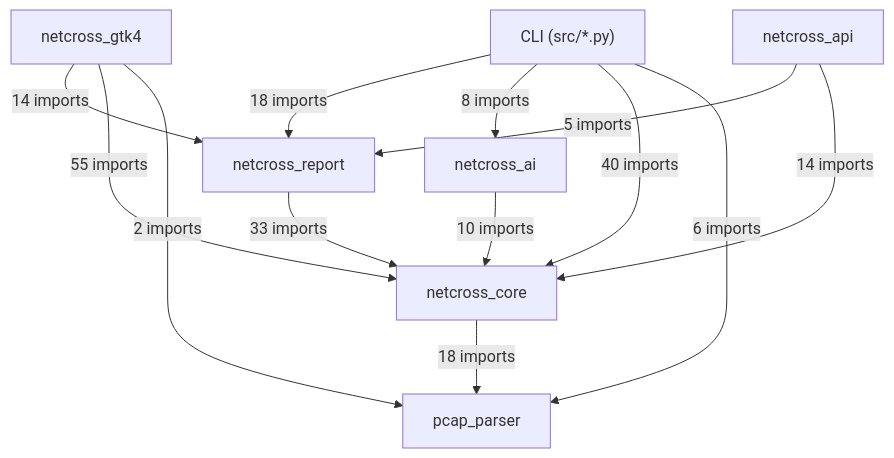
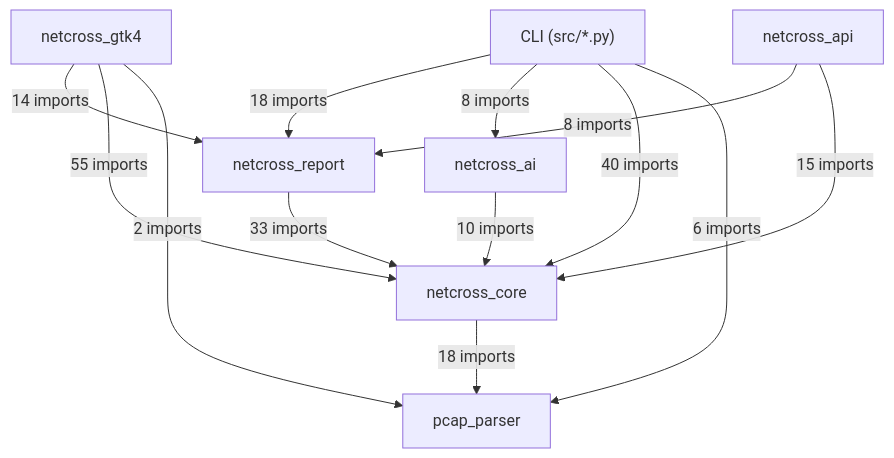
One commit to Mathide-Team/Netcross changed the first of 19 diagrams in docs/class-diagram.md. Above: the diagram before and after it, drawn with Mermaid. The commit also changed other lines of this file and 4 other files, not shown here.

First line of the commit message:
feat(#674): API diagramme de séquence, SIEM, ticket de support

````diff
--- a/docs/class-diagram.md
+++ b/docs/class-diagram.md
@@ -26,22 +26,22 @@
 ```mermaid
 flowchart TD
     CLI["CLI (src/*.py)"]
     netcross_gtk4["netcross_gtk4"]
     netcross_api["netcross_api"]
     netcross_report["netcross_report"]
     netcross_ai["netcross_ai"]
     netcross_core["netcross_core"]
     pcap_parser["pcap_parser"]
     CLI -->|"18 imports"| netcross_report
     CLI -->|"8 imports"| netcross_ai
     CLI -->|"40 imports"| netcross_core
     CLI -->|"6 imports"| pcap_parser
     netcross_gtk4 -->|"14 imports"| netcross_report
     netcross_gtk4 -->|"55 imports"| netcross_core
     netcross_gtk4 -->|"2 imports"| pcap_parser
-    netcross_api -->|"5 imports"| netcross_report
-    netcross_api -->|"14 imports"| netcross_core
+    netcross_api -->|"8 imports"| netcross_report
+    netcross_api -->|"15 imports"| netcross_core
     netcross_report -->|"33 imports"| netcross_core
     netcross_ai -->|"10 imports"| netcross_core
     netcross_core -->|"18 imports"| pcap_parser
 ```
````
